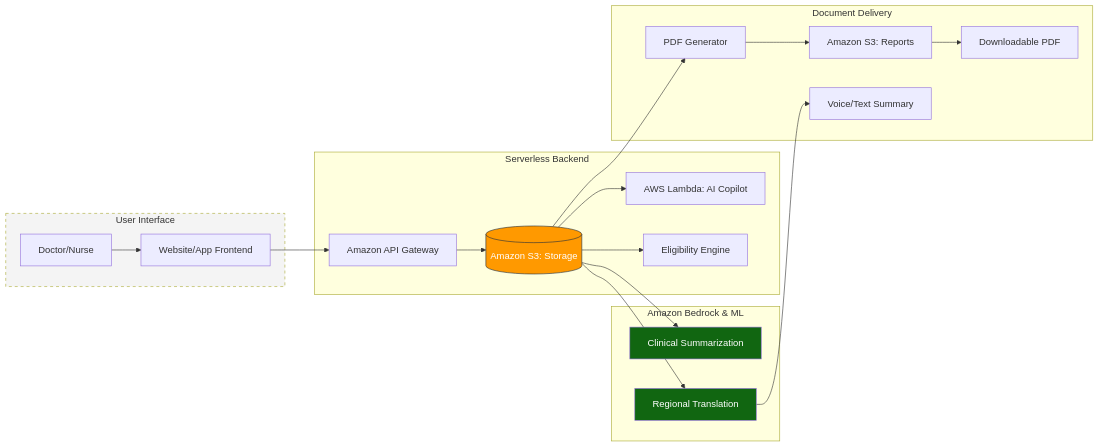
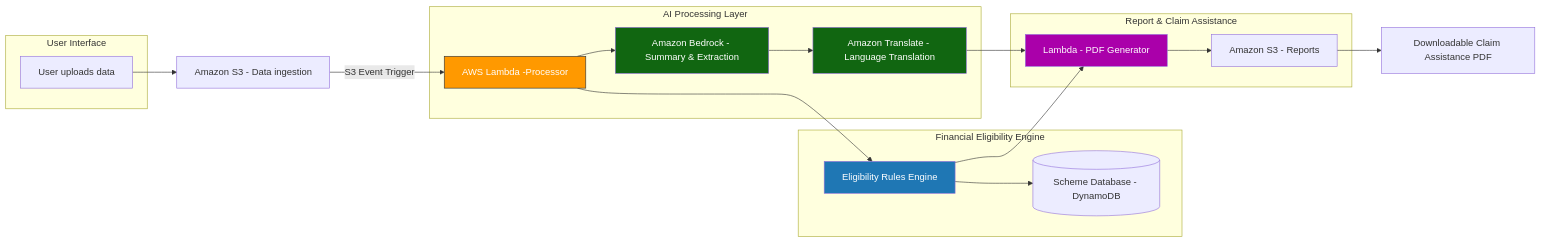
One commit to eds-kunal/gramin-genie changed the first of 2 diagrams in design.md. Above: the diagram before and after it, drawn with Mermaid. The commit also changed other lines of this file and 1 other file, not shown here.

````diff
--- a/design.md
+++ b/design.md
@@ -30,37 +19,60 @@
 ```mermaid
 graph LR
-    %% User & Frontend Layer
-    subgraph Client_Side [User Interface]
-        A[Doctor/Nurse] --> B[Website/App Frontend]
-    end
 
-    %% Gateway
-    B --> C[Amazon API Gateway]
 
-    %% The Orchestration Layer
-    subgraph Backend [Serverless Backend]
-        C --> D[(Amazon S3: Storage)]
-        D --> E[AWS Lambda: AI Copilot]
-        D --> I[Eligibility Engine]
-    end
+%% USER LAYER
 
-    %% The Intelligence (The Genie)
-    subgraph AI_Intelligence [Amazon Bedrock & ML]
-        D --> G[Clinical Summarization]
-        D --> H[Regional Translation]
-    end
+subgraph Client_Layer [User Interface]
+    A[User uploads data]
+end
 
-    %% The Output Layer
-    subgraph Delivery [Document Delivery]
-        D --> J[PDF Generator]
-        J --> F[Amazon S3: Reports]
-        F --> K[Downloadable PDF]
-        H --> L[Voice/Text Summary]
-    end
+ 
 
-    %% Styling for visual appeal
-    style D fill:#ff9900,stroke:#232f3e,color:#fff
-    style G fill:#116611,color:#fff
-    style H fill:#116611,color:#fff
-    style Client_Side fill:#f4f4f4,stroke-dasharray: 5 5
+%% =========================
+%% STORAGE LAYER
+%% =========================
+A --> D[Amazon S3 - Data ingestion ]
+
+%% =========================
+%% EVENT TRIGGER
+%% =========================
+D -- S3 Event Trigger --> E[AWS Lambda -Processor]
+
+%% =========================
+%% AI PROCESSING
+%% =========================
+subgraph AI_Intelligence [AI Processing Layer]
+    E --> F[Amazon Bedrock - Summary & Extraction]
+    F --> G[Amazon Translate - Language Translation]
+end
+
+%% =========================
+%% FINANCIAL ELIGIBILITY
+%% =========================
+subgraph Financial_Module [Financial Eligibility Engine]
+    E --> H[Eligibility Rules Engine]
+    H --> I[(Scheme Database - DynamoDB)]
+end
+
+%% PDF GENERATION
+
+subgraph Report_Generation [Report & Claim Assistance]
+    G --> J[Lambda - PDF Generator]
+    H --> J
+    J --> K[Amazon S3 - Reports]
+end
+
+%% =========================
+%% DELIVERY
+%% =========================
+K --> L[Downloadable Claim Assistance PDF]
+
+%% =========================
+%% Styling
+%% =========================
+style E fill:#ff9900,stroke:#232f3e,color:#fff
+style F fill:#116611,color:#fff
+style G fill:#116611,color:#fff
+style H fill:#1f77b4,color:#fff
+style J fill:#aa00aa,color:#fff
 ```
````
